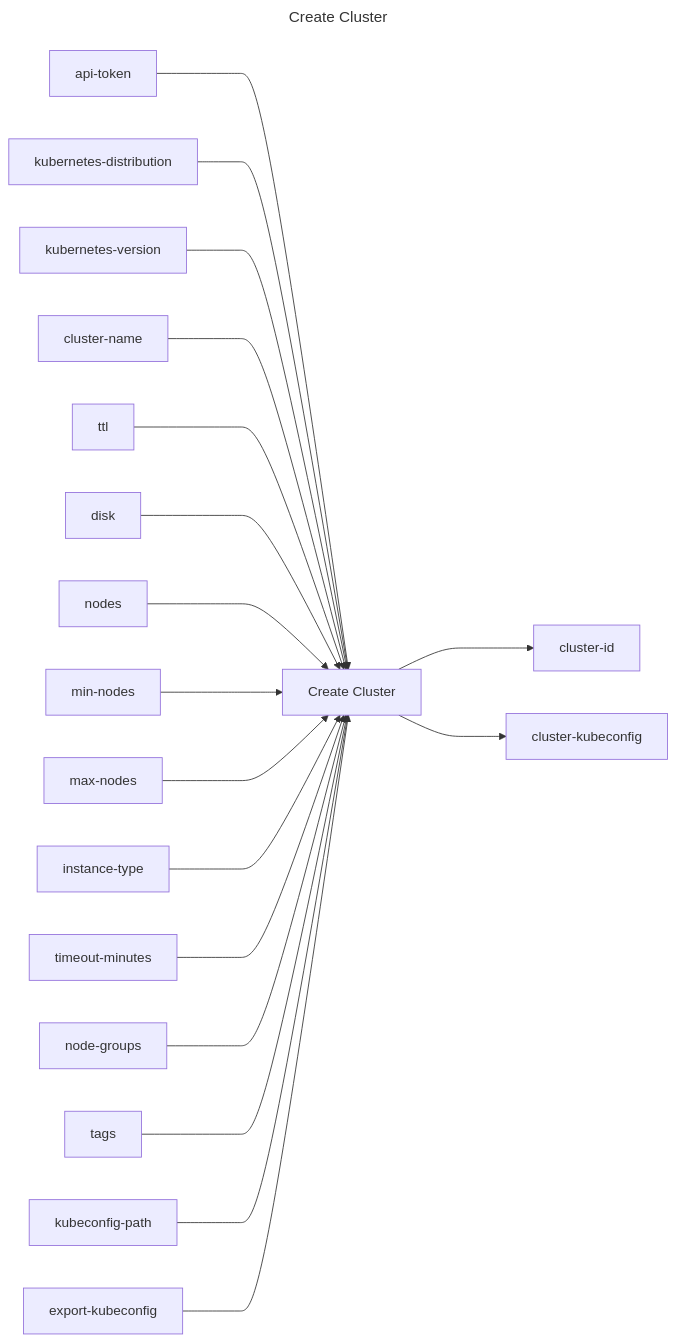
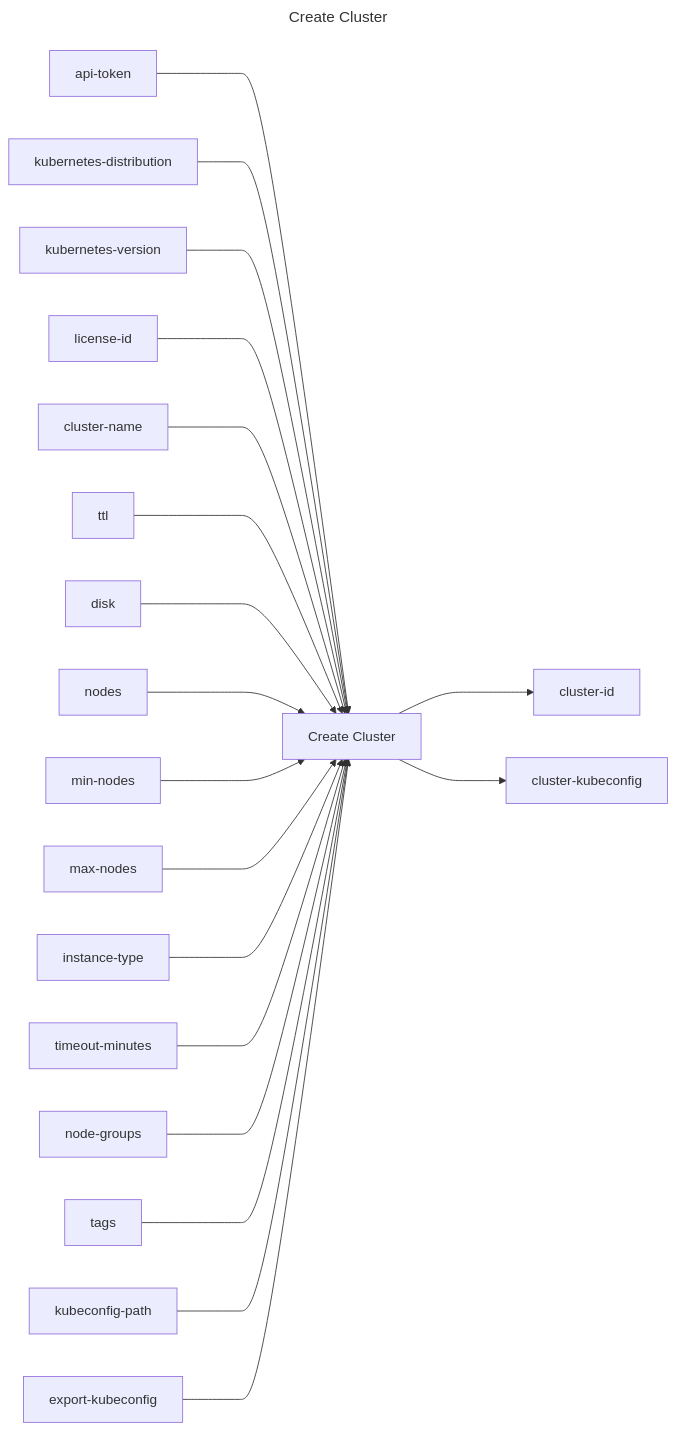
One commit to replicatedhq/replicated-actions changed the diagram in create-cluster/README.md. Above: the diagram before and after it, drawn with Mermaid. The commit also changed other lines of this file and 42 other files, not shown here.

Commit message:
feat(cmx): add create-cluster license-id input for embedded cluster

````diff
--- a/create-cluster/README.md
+++ b/create-cluster/README.md
@@ -3,41 +3,43 @@
 ```mermaid
 ---
 title: Create Cluster
 ---
 graph LR
 create_cluster["Create Cluster"]
 api_token["api-token"]
 kubernetes_distribution["kubernetes-distribution"]
 kubernetes_version["kubernetes-version"]
+license_id["license-id"]
 cluster_name["cluster-name"]
 ttl["ttl"]
 disk["disk"]
 nodes["nodes"]
 min_nodes["min-nodes"]
 max_nodes["max-nodes"]
 instance_type["instance-type"]
 timeout_minutes["timeout-minutes"]
 node_groups["node-groups"]
 tags["tags"]
 kubeconfig_path["kubeconfig-path"]
 export_kubeconfig["export-kubeconfig"]
 cluster_id["cluster-id"]
 cluster_kubeconfig["cluster-kubeconfig"]
 api_token ---> create_cluster
 kubernetes_distribution ---> create_cluster
 kubernetes_version ---> create_cluster
+license_id ---> create_cluster
 cluster_name ---> create_cluster
 ttl ---> create_cluster
 disk ---> create_cluster
 nodes ---> create_cluster
 min_nodes ---> create_cluster
 max_nodes ---> create_cluster
 instance_type ---> create_cluster
 timeout_minutes ---> create_cluster
 node_groups ---> create_cluster
 tags ---> create_cluster
 kubeconfig_path ---> create_cluster
 export_kubeconfig ---> create_cluster
 create_cluster ---> cluster_id
 create_cluster ---> cluster_kubeconfig
 ```
````
